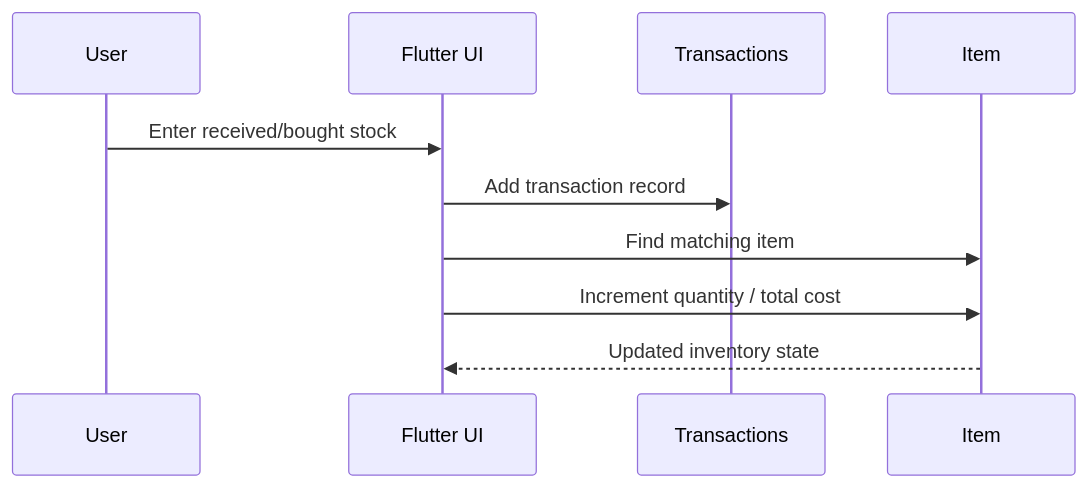
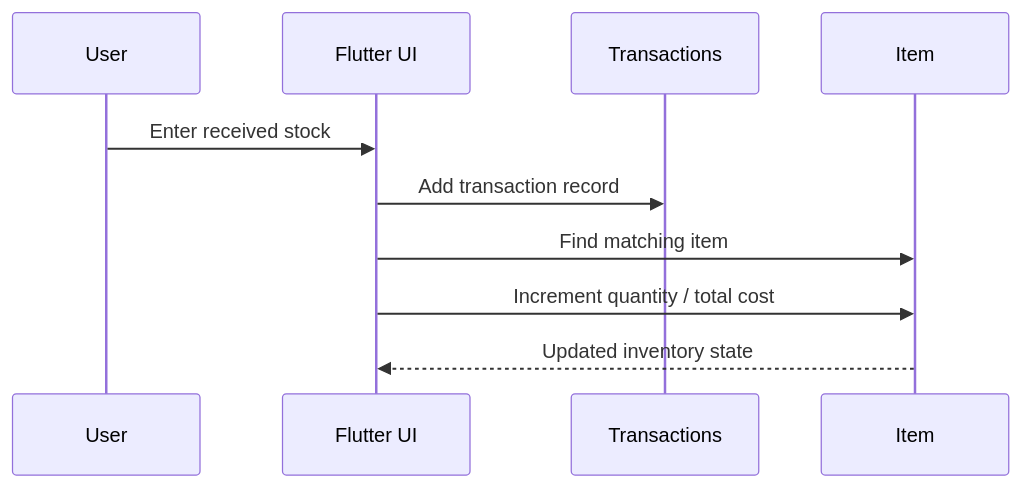
The third of 3 diagrams in docs/ARCHITECTURE.md (sebghat77/inventory-management-mobile-app), drawn with Mermaid before and after one commit. The commit also changed other lines of this file and 3 other files, not shown here.

````diff
--- a/docs/ARCHITECTURE.md
+++ b/docs/ARCHITECTURE.md
@@ -73,13 +67,12 @@
-```mermaid
+~~~mermaid
 sequenceDiagram
     participant U as User
     participant A as Flutter UI
     participant T as Transactions
     participant I as Item
-
-    U->>A: Enter received/bought stock
+    U->>A: Enter received stock
     A->>T: Add transaction record
     A->>I: Find matching item
     A->>I: Increment quantity / total cost
     I-->>A: Updated inventory state
-```
+~~~
````
